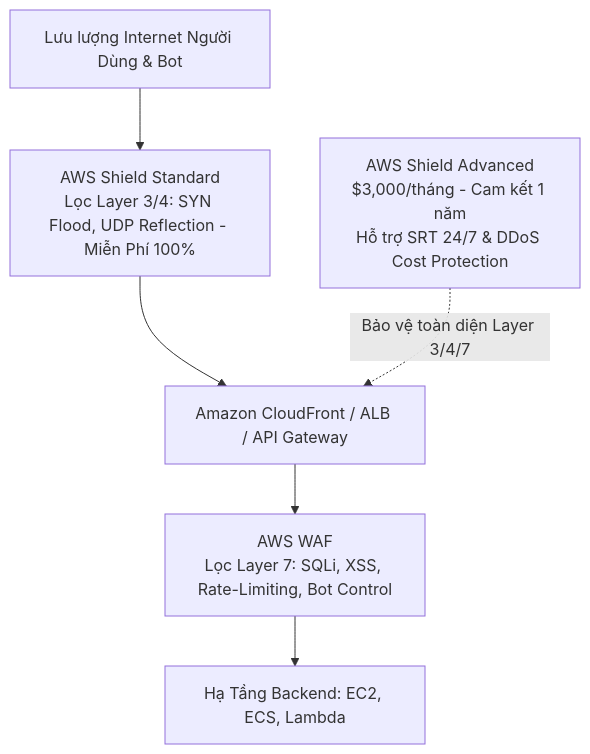
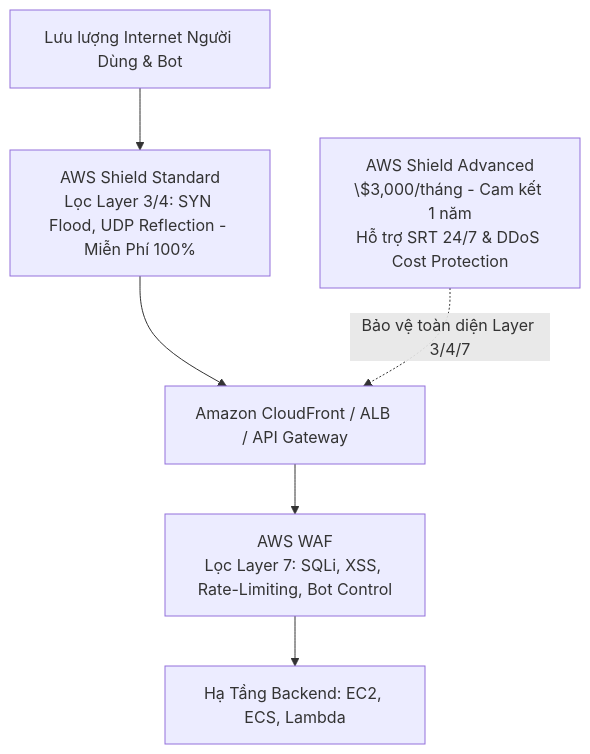
Before and after one commit to nhatphanhk/AWS_XBrain_Note: the fifth of 7 diagrams in AWS_Services/KMS_Security_Encryption.md, drawn with Mermaid. The commit also changed other lines of this file and 20 other files, not shown here.

````diff
--- a/AWS_Services/KMS_Security_Encryption.md
+++ b/AWS_Services/KMS_Security_Encryption.md
@@ -144,9 +145,9 @@
 ```mermaid
 flowchart TD
     Internet[Lưu lượng Internet Người Dùng & Bot] --> ShieldStd[AWS Shield Standard\nLọc Layer 3/4: SYN Flood, UDP Reflection - Miễn Phí 100%]
     ShieldStd --> CloudFront[Amazon CloudFront / ALB / API Gateway]
     CloudFront --> WAF[AWS WAF\nLọc Layer 7: SQLi, XSS, Rate-Limiting, Bot Control]
     WAF --> Backend[Hạ Tầng Backend: EC2, ECS, Lambda]
 
-    ShieldAdv[AWS Shield Advanced\n$3,000/tháng - Cam kết 1 năm\nHỗ trợ SRT 24/7 & DDoS Cost Protection] -.->|Bảo vệ toàn diện Layer 3/4/7| CloudFront
+    ShieldAdv[AWS Shield Advanced\n\$3,000/tháng - Cam kết 1 năm\nHỗ trợ SRT 24/7 & DDoS Cost Protection] -.->|Bảo vệ toàn diện Layer 3/4/7| CloudFront
 ```
````
